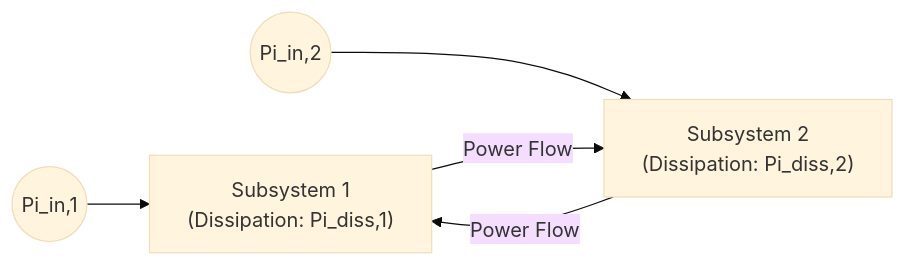
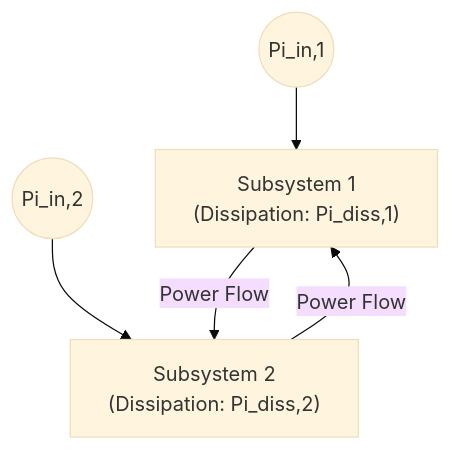
The diagram in docs/manual.md (wemor/SEA-App), drawn with Mermaid (base theme) before and after one commit.

Commit message:
Update mermaid to TD layout

````diff
--- a/docs/manual.md
+++ b/docs/manual.md
@@ -43,7 +43,7 @@
 ```mermaid
-graph LR
+graph TD
     P1(("Pi_in,1")) --> S1["Subsystem 1<br>(Dissipation: Pi_diss,1)"]
     P2(("Pi_in,2")) --> S2["Subsystem 2<br>(Dissipation: Pi_diss,2)"]
     S1 -- "Power Flow" --> S2
     S2 -- "Power Flow" --> S1
 ```
````
